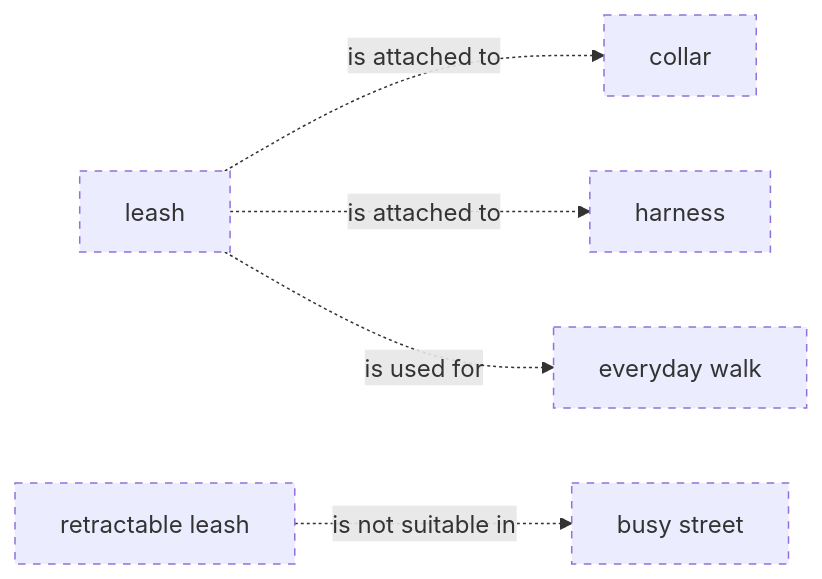
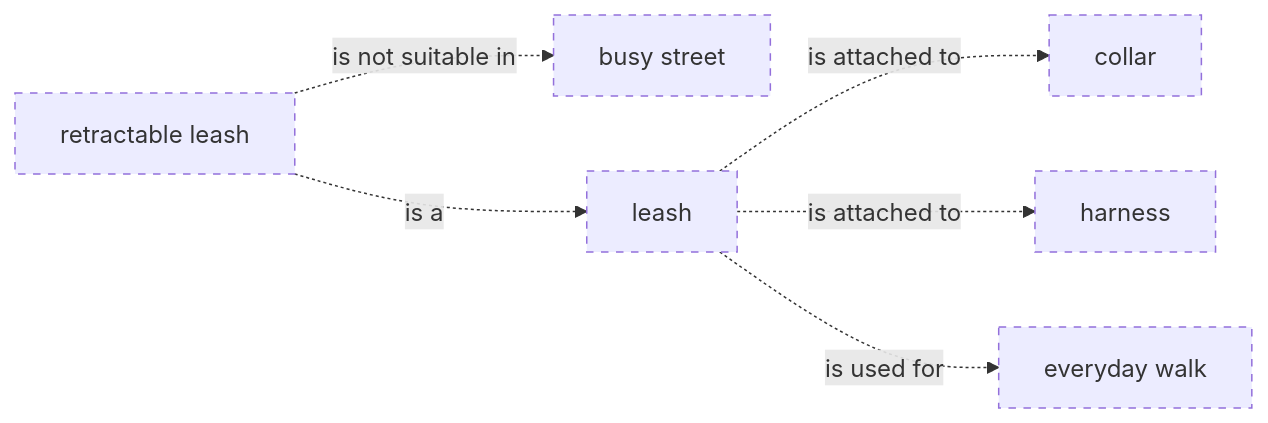
Diagram 39 of 57 in data/ontology-pets-and-house-rules/03_release/00_raw/level-2.md (belaboros/DomainAiAssistant), drawn with Mermaid before and after one commit. The commit also changed other lines of this file and 16 other files, not shown here.

First line of the commit message:
T39 (spec 0002): level diagrams near 16:9, is-a edges in relation diagrams

````diff
--- a/data/ontology-pets-and-house-rules/03_release/00_raw/level-2.md
+++ b/data/ontology-pets-and-house-rules/03_release/00_raw/level-2.md
@@ -641,15 +682,16 @@
 ```mermaid
 flowchart LR
     classDef draft stroke-dasharray: 5 5
     cn_01M82GPB8ZK0N7S1VR303H5EPG["busy street"]
     cn_01M82GPB8ZK0N7S1VR303H5EPD["collar"]
     cn_01M82GPB8ZK0N7S1VR303H5EPF["everyday walk"]
     cn_01M82GPB8ZK0N7S1VR303H5EPE["harness"]
     cn_01M82GPB8ZK0N7S1VR303H5EPB["leash"]
     cn_01M82GPB8ZK0N7S1VR303H5EPC["retractable leash"]
     cn_01M82GPB8ZK0N7S1VR303H5EPB -. "is attached to" .-> cn_01M82GPB8ZK0N7S1VR303H5EPD
     cn_01M82GPB8ZK0N7S1VR303H5EPB -. "is attached to" .-> cn_01M82GPB8ZK0N7S1VR303H5EPE
     cn_01M82GPB8ZK0N7S1VR303H5EPB -. "is used for" .-> cn_01M82GPB8ZK0N7S1VR303H5EPF
+    cn_01M82GPB8ZK0N7S1VR303H5EPC -. "is a" .-> cn_01M82GPB8ZK0N7S1VR303H5EPB
     cn_01M82GPB8ZK0N7S1VR303H5EPC -. "is not suitable in" .-> cn_01M82GPB8ZK0N7S1VR303H5EPG
     class cn_01M82GPB8ZK0N7S1VR303H5EPG,cn_01M82GPB8ZK0N7S1VR303H5EPD,cn_01M82GPB8ZK0N7S1VR303H5EPF,cn_01M82GPB8ZK0N7S1VR303H5EPE,cn_01M82GPB8ZK0N7S1VR303H5EPB,cn_01M82GPB8ZK0N7S1VR303H5EPC draft
 ```
````
